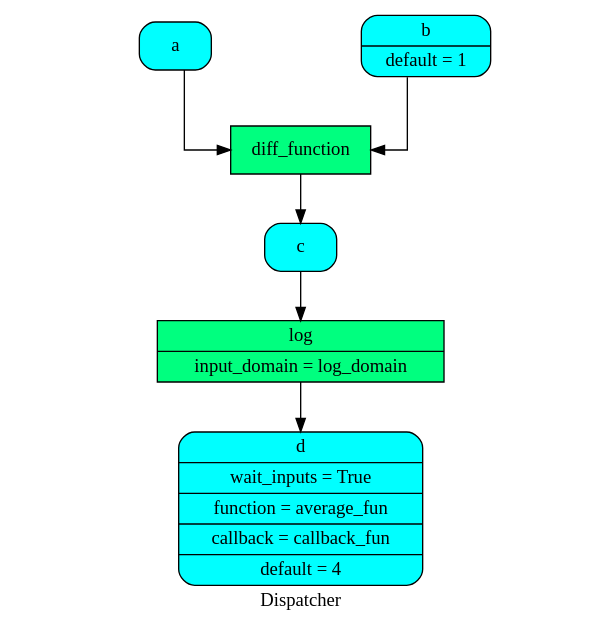
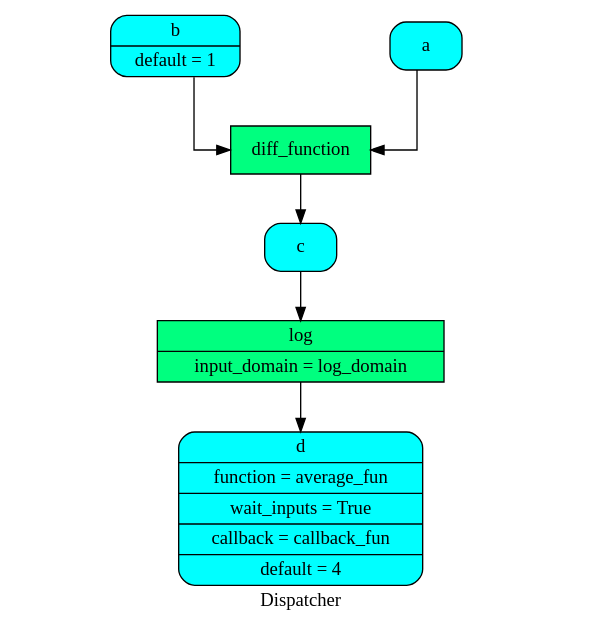
The diagram in doc/source/dispatcher/__init__/Dispatcher/dsp.dot (vinci1it2000/schedula), drawn with Graphviz before and after one commit. The commit also changed 23 other files, not shown here.

```diff
--- a/doc/source/dispatcher/__init__/Dispatcher/dsp.dot
+++ b/doc/source/dispatcher/__init__/Dispatcher/dsp.dot
@@ -1,17 +1,17 @@
 digraph Dispatcher {
 	graph [ratio=1]
 	node [style=filled]
 	splines = ortho
 	label = "Dispatcher"
-		Dispatcher_3972589190614631537 [label="{ log | input_domain = log_domain }" fillcolor=springgreen shape=record]
-		Dispatcher_1248373816960019038 [label="{ d | wait_inputs = True | function = average_fun | callback = callback_fun | default = 4 }" fillcolor=cyan shape=Mrecord]
-		Dispatcher_1161704250910580454 [label="{ c  }" fillcolor=cyan shape=Mrecord]
-		"Dispatcher_-7776202301500148952" [label="{ a  }" fillcolor=cyan shape=Mrecord]
-		Dispatcher_3212931600518739037 [label="{ b | default = 1 }" fillcolor=cyan shape=Mrecord]
-		"Dispatcher_-7590698075780531602" [label="{ diff_function  }" fillcolor=springgreen shape=record]
-			Dispatcher_3972589190614631537 -> Dispatcher_1248373816960019038
-			Dispatcher_1161704250910580454 -> Dispatcher_3972589190614631537
-			"Dispatcher_-7776202301500148952" -> "Dispatcher_-7590698075780531602"
-			Dispatcher_3212931600518739037 -> "Dispatcher_-7590698075780531602"
-			"Dispatcher_-7590698075780531602" -> Dispatcher_1161704250910580454
+		Dispatcher_6013051498004961488 [label="{ diff_function  }" fillcolor=springgreen shape=record]
+		"Dispatcher_-427784935824896063" [label="{ b | default = 1 }" fillcolor=cyan shape=Mrecord]
+		"Dispatcher_-6866225254170713515" [label="{ d | function = average_fun | wait_inputs = True | callback = callback_fun | default = 4 }" fillcolor=cyan shape=Mrecord]
+		Dispatcher_5626300579074633926 [label="{ c  }" fillcolor=cyan shape=Mrecord]
+		"Dispatcher_-3574468403947108869" [label="{ a  }" fillcolor=cyan shape=Mrecord]
+		"Dispatcher_-7227856657863221857" [label="{ log | input_domain = log_domain }" fillcolor=springgreen shape=record]
+			Dispatcher_6013051498004961488 -> Dispatcher_5626300579074633926
+			"Dispatcher_-427784935824896063" -> Dispatcher_6013051498004961488
+			Dispatcher_5626300579074633926 -> "Dispatcher_-7227856657863221857"
+			"Dispatcher_-3574468403947108869" -> Dispatcher_6013051498004961488
+			"Dispatcher_-7227856657863221857" -> "Dispatcher_-6866225254170713515"
 }
```
